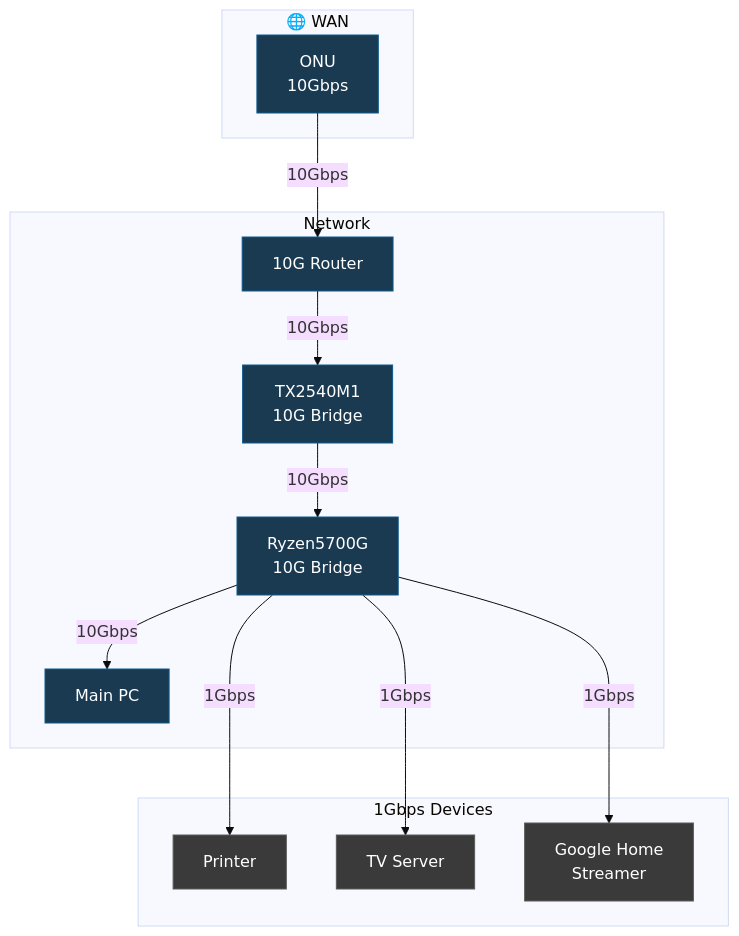
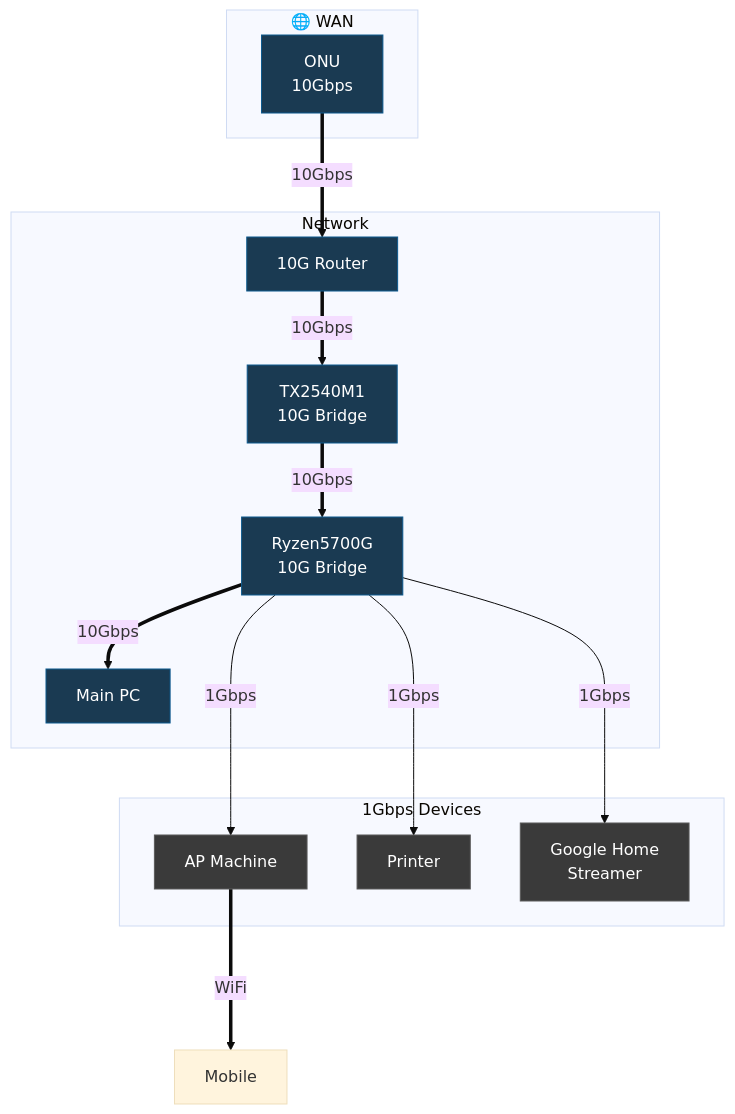
One commit to Tagomori0211/tagomori-homelab changed the diagram in SystemGraph.mermaid. Above: the diagram before and after it, drawn with Mermaid (base theme). The commit also changed 1 other file, not shown here.

```diff
--- a/SystemGraph.mermaid
+++ b/SystemGraph.mermaid
@@ -1,32 +1,33 @@
 flowchart TB
     subgraph WAN["🌐 WAN"]
         D["ONU<br/>10Gbps"]
     end
     
     subgraph Network["Network"]
         E["10G Router"]
         A["TX2540M1<br>10G Bridge"]
         B["Ryzen5700G<br>10G Bridge"]
         C["Main PC"]
     end
     
-    subgraph Peripherals["1Gbps Devices"]
+    subgraph 1Gbps_Devices["1Gbps Devices"]
+        AP["AP Machine"]
         F["Printer"]
-        G["TV Server"]
         H["Google Home<br/>Streamer"]
     end
     
-    D -->|10Gbps| E
-    E -->|10Gbps| A
-    A -->|10Gbps| B
-    B -->|10Gbps| C
+    D ==>|10Gbps| E
+    E ==>|10Gbps| A
+    A ==>|10Gbps| B
+    B ==>|10Gbps| C
     
     B --->|1Gbps| F
-    B --->|1Gbps| G
     B --->|1Gbps| H
+    B --->|1Gbps| AP
+    AP ===>|WiFi| I[Mobile]
     
     classDef dark_blue fill:#1a3a52,stroke:#0d5a8f,color:#fff
     classDef dark_gray fill:#3a3a3a,stroke:#5a5a5a,color:#fff
     
     class D,E,A,B,C dark_blue
-    class F,G,H dark_gray
+    class F,G,H,AP dark_gray
```
